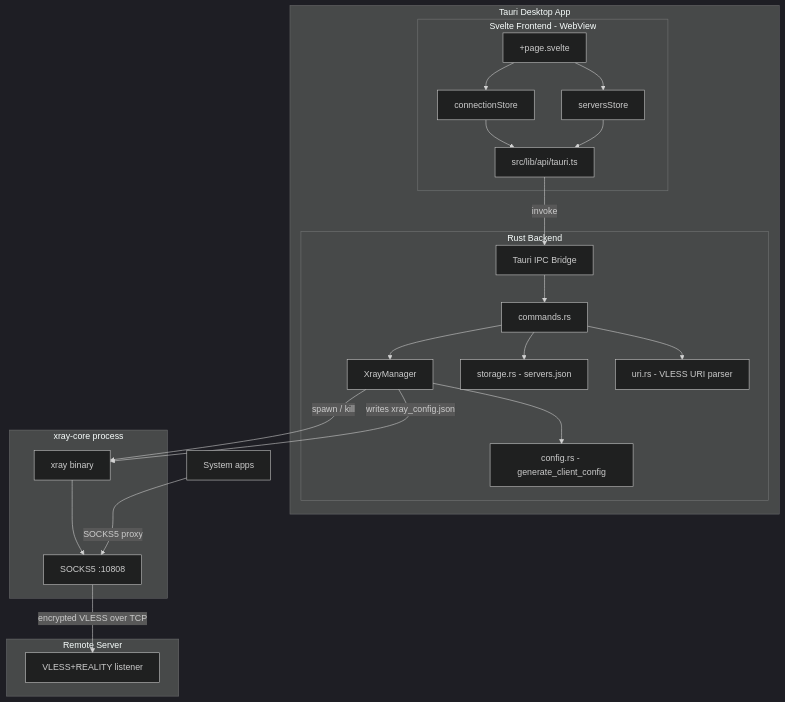
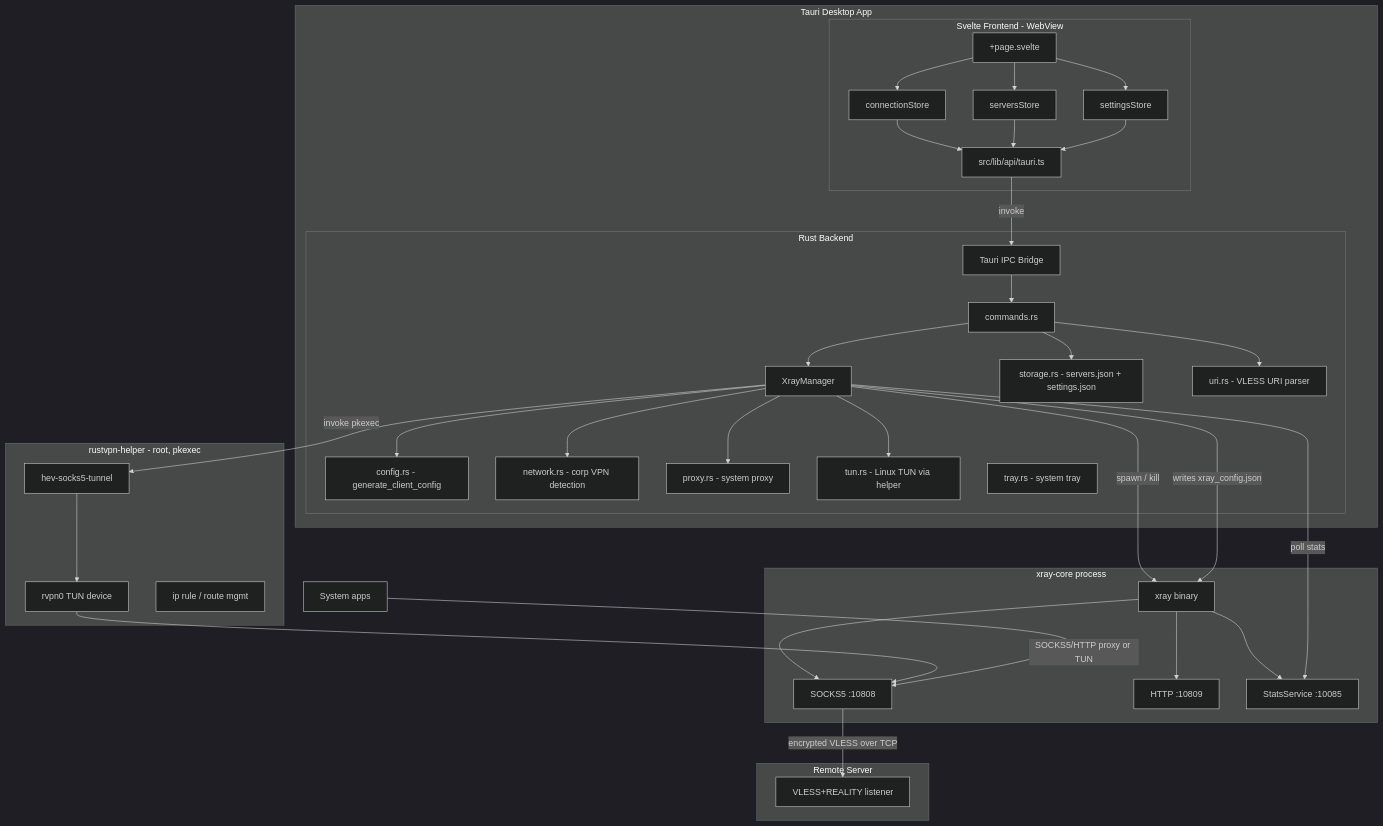
The first of 3 diagrams in docs/ARCHITECTURE.md (Shurubtsov/rustvpn), drawn with Mermaid (dark theme) before and after one commit. The commit also changed other lines of this file and 8 other files, not shown here.

First line of the commit message:
Update docs and skill guides for current architecture

````diff
--- a/docs/ARCHITECTURE.md
+++ b/docs/ARCHITECTURE.md
@@ -7,44 +12,68 @@
 ```mermaid
 graph TD
     subgraph Desktop App [Tauri Desktop App]
         subgraph Frontend [Svelte Frontend - WebView]
             UI[+page.svelte]
             CS[connectionStore]
             SS[serversStore]
+            ST[settingsStore]
             API[src/lib/api/tauri.ts]
             UI --> CS
             UI --> SS
+            UI --> ST
             CS --> API
             SS --> API
+            ST --> API
         end
         subgraph Backend [Rust Backend]
             IPC[Tauri IPC Bridge]
             CMD[commands.rs]
             XM[XrayManager]
             CFG[config.rs - generate_client_config]
-            STG[storage.rs - servers.json]
+            STG[storage.rs - servers.json + settings.json]
             URI[uri.rs - VLESS URI parser]
+            NET[network.rs - corp VPN detection]
+            PRX[proxy.rs - system proxy]
+            TUN[tun.rs - Linux TUN via helper]
+            TRY[tray.rs - system tray]
             CMD --> XM
             CMD --> STG
             CMD --> URI
             XM --> CFG
+            XM --> NET
+            XM --> PRX
+            XM --> TUN
         end
         API -->|invoke| IPC
         IPC --> CMD
     end
 
     subgraph Sidecar [xray-core process]
         XRAY[xray binary]
         SOCKS[SOCKS5 :10808]
+        HTTP[HTTP :10809]
+        STATS[StatsService :10085]
         XRAY --> SOCKS
+        XRAY --> HTTP
+        XRAY --> STATS
+    end
+
+    subgraph Helper [rustvpn-helper - root, pkexec]
+        HEV[hev-socks5-tunnel]
+        TUNDEV[rvpn0 TUN device]
+        IPRULE[ip rule / route mgmt]
     end
 
     subgraph VDS [Remote Server]
         VLESS[VLESS+REALITY listener]
     end
 
     XM -->|spawn / kill| XRAY
     XM -->|writes xray_config.json| XRAY
+    XM -->|invoke pkexec| HEV
+    HEV --> TUNDEV
+    TUNDEV --> SOCKS
     SOCKS -->|encrypted VLESS over TCP| VLESS
-    App[System apps] -->|SOCKS5 proxy| SOCKS
+    App[System apps] -->|SOCKS5/HTTP proxy or TUN| SOCKS
+    XM -->|poll stats| STATS
 ```
````
